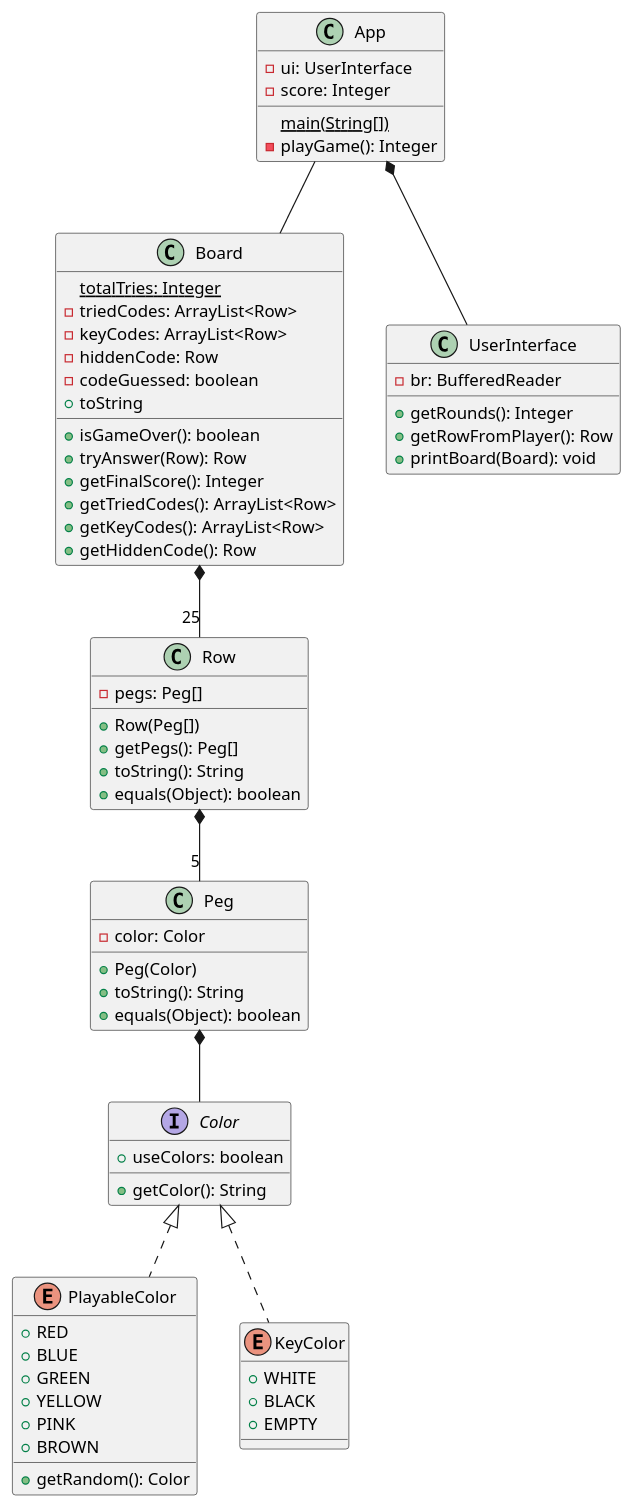
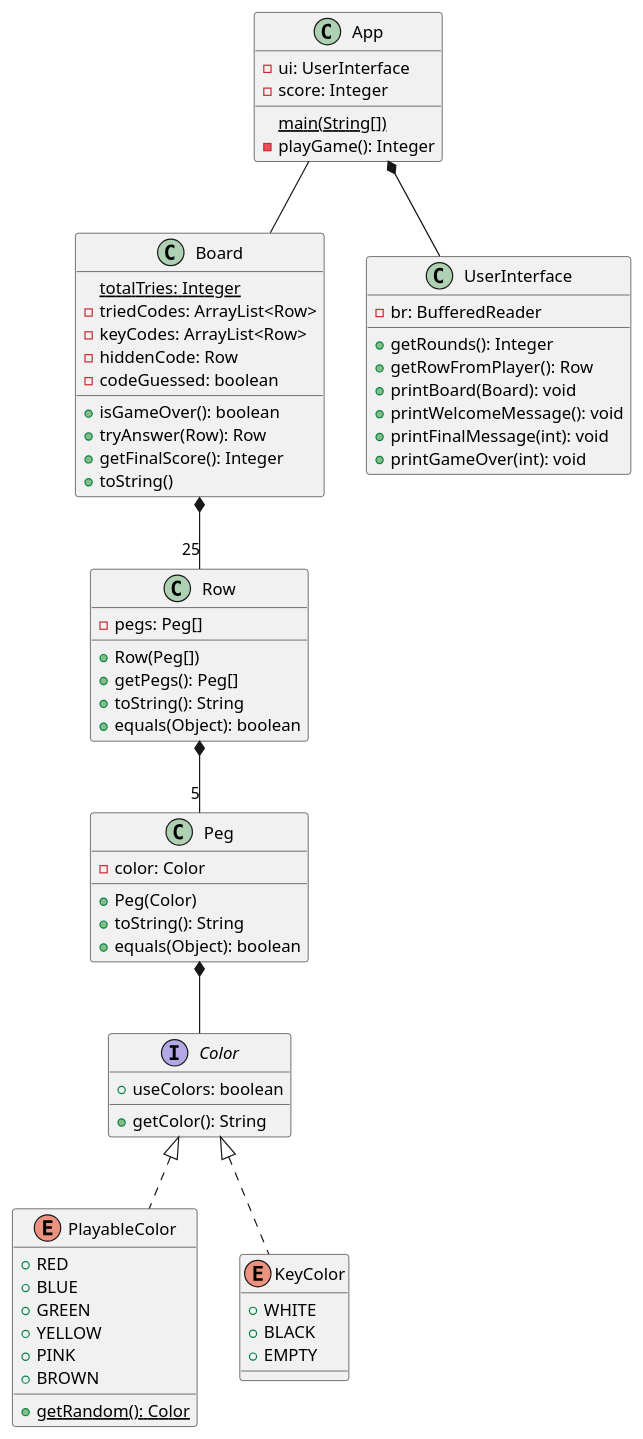
Before and after one commit to Molter73/oop-uni: the diagram in mastermind/docs/uml.md, drawn with PlantUML. The commit also changed 4 other files, not shown here.

```diff
--- a/mastermind/docs/uml.md
+++ b/mastermind/docs/uml.md
@@ -1,73 +1,73 @@
 @startuml
 interface Color {
    +getColor(): String
    +useColors: boolean
 }
 
 enum PlayableColor implements Color {
     +RED
     +BLUE
     +GREEN
     +YELLOW
     +PINK
     +BROWN
-    +getRandom(): Color
+    +{static} getRandom(): Color
 }
 
 enum KeyColor implements Color {
     +WHITE
     +BLACK
     +EMPTY
 }
 
 class Peg {
     -color: Color
     +Peg(Color)
     +toString(): String
     +equals(Object): boolean
 }
 
 class Row {
     -pegs: Peg[]
     +Row(Peg[])
     +getPegs(): Peg[]
     +toString(): String
     +equals(Object): boolean
 }
 
 class Board {
     {static} totalTries: Integer
     -triedCodes: ArrayList<Row>
     -keyCodes: ArrayList<Row>
     -hiddenCode: Row
     -codeGuessed: boolean
     +isGameOver(): boolean
     +tryAnswer(Row): Row
     +getFinalScore(): Integer
-    +getTriedCodes(): ArrayList<Row>
-    +getKeyCodes(): ArrayList<Row>
-    +getHiddenCode(): Row
-    +toString
+    +toString()
 }
 
 class UserInterface {
     -br: BufferedReader
     +getRounds(): Integer
     +getRowFromPlayer(): Row
     +printBoard(Board): void
+    +printWelcomeMessage(): void
+    +printFinalMessage(int): void
+    +printGameOver(int): void
 }
 
 class App {
     -ui: UserInterface
     -score: Integer
     {static} main(String[])
     -playGame(): Integer
 }
 
 App -- Board
 App *-- UserInterface
 Board *-- "25" Row
 Row *-- "5" Peg
 Peg *-- Color
 
 @enduml
```
